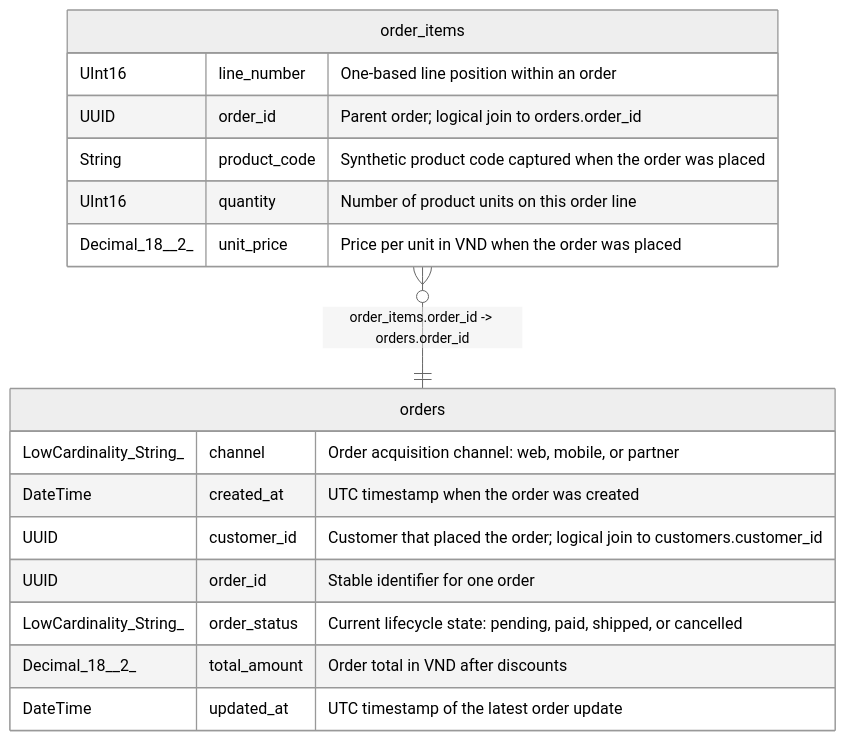
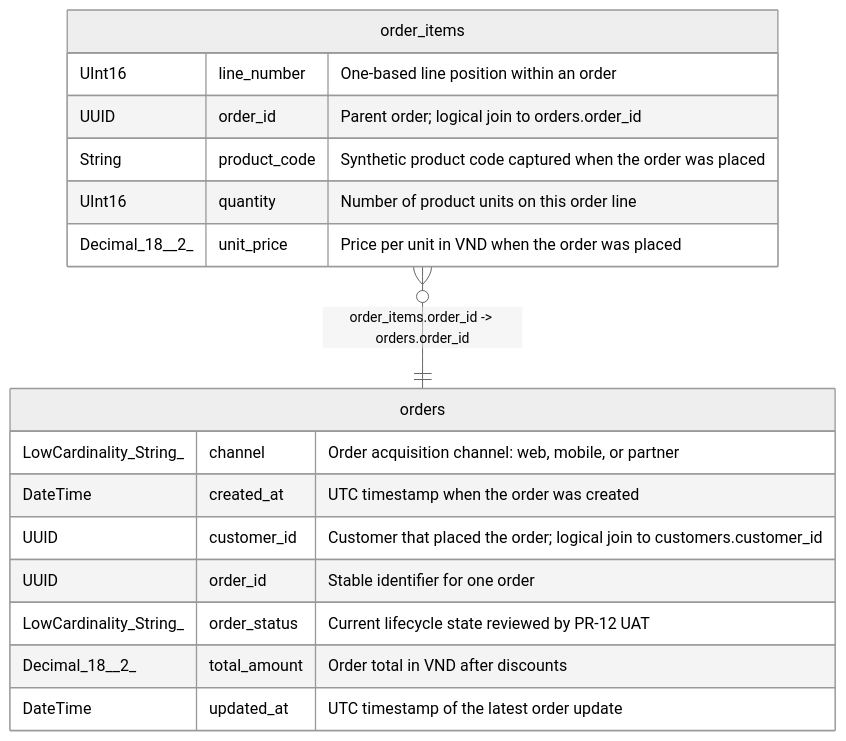
The diagram in catalog/commerce_demo/generated/raw/order_items.md (ITHealer/metadata-repository), drawn with Mermaid (neutral theme) before and after one commit. The commit also changed 5 other files, not shown here.

Commit message:
chore(schema): synchronize ClickHouse metadata

````diff
--- a/catalog/commerce_demo/generated/raw/order_items.md
+++ b/catalog/commerce_demo/generated/raw/order_items.md
@@ -35,22 +35,22 @@
 ```mermaid
 erDiagram
 
 "order_items" }o--|| "orders" : "order_items.order_id -> orders.order_id"
 
 "order_items" {
   UInt16 line_number "One-based line position within an order"
   UUID order_id "Parent order; logical join to orders.order_id"
   String product_code "Synthetic product code captured when the order was placed"
   UInt16 quantity "Number of product units on this order line"
   Decimal_18__2_ unit_price "Price per unit in VND when the order was placed"
 }
 "orders" {
   LowCardinality_String_ channel "Order acquisition channel: web, mobile, or partner"
   DateTime created_at "UTC timestamp when the order was created"
   UUID customer_id "Customer that placed the order; logical join to customers.customer_id"
   UUID order_id "Stable identifier for one order"
-  LowCardinality_String_ order_status "Current lifecycle state: pending, paid, shipped, or cancelled"
+  LowCardinality_String_ order_status "Current lifecycle state reviewed by PR-12 UAT"
   Decimal_18__2_ total_amount "Order total in VND after discounts"
   DateTime updated_at "UTC timestamp of the latest order update"
 }
 ```
````
